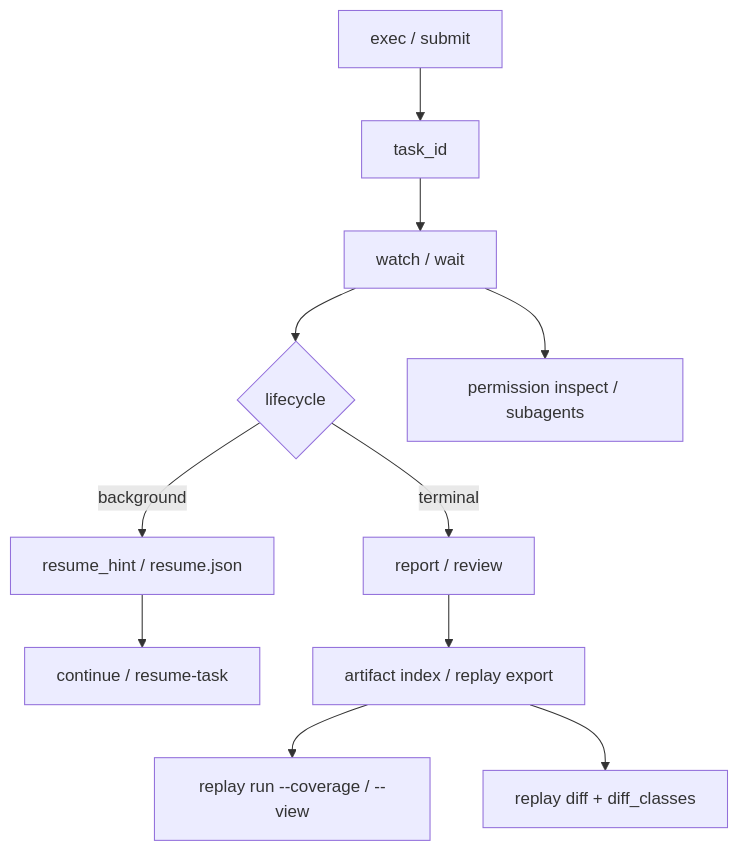
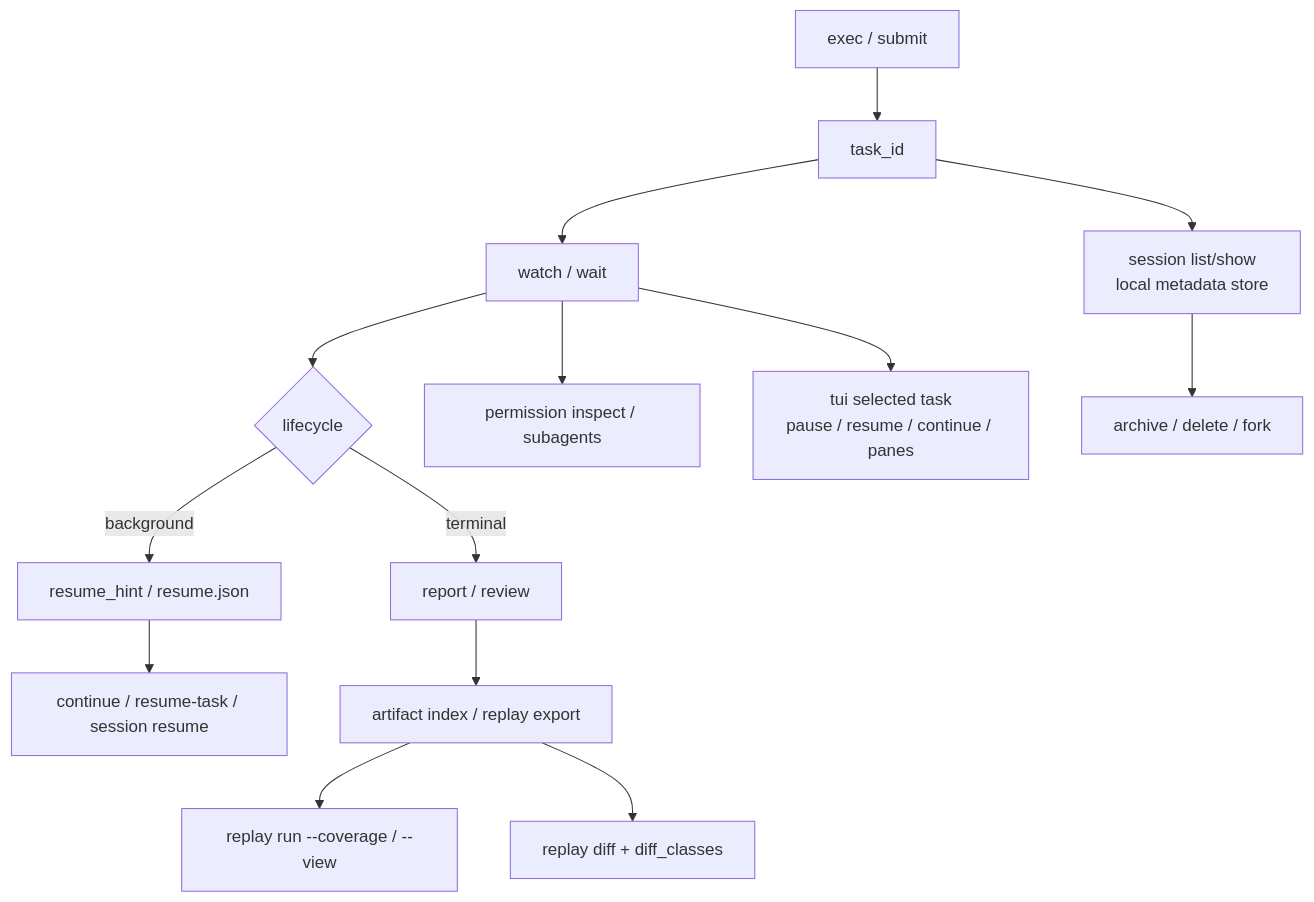
The diagram in docs/clawcli_exec_replay.md (MatrixCoreX/RustClaw), drawn with Mermaid before and after one commit. The commit also changed other lines of this file and 1 other file, not shown here.

Commit message:
Document clawcli tui and session controls

````diff
--- a/docs/clawcli_exec_replay.md
+++ b/docs/clawcli_exec_replay.md
@@ -266,13 +288,16 @@
 ```mermaid
 flowchart TD
     A[exec / submit] --> B[task_id]
     B --> C[watch / wait]
     C --> D{lifecycle}
     D -->|terminal| E[report / review]
     D -->|background| F[resume_hint / resume.json]
-    F --> G[continue / resume-task]
+    F --> G[continue / resume-task / session resume]
     E --> H[artifact index / replay export]
     H --> I[replay run --coverage / --view]
     H --> J[replay diff + diff_classes]
     C --> K[permission inspect / subagents]
+    C --> L[tui selected task<br/>pause / resume / continue / panes]
+    B --> M[session list/show<br/>local metadata store]
+    M --> N[archive / delete / fork]
 ```
````
